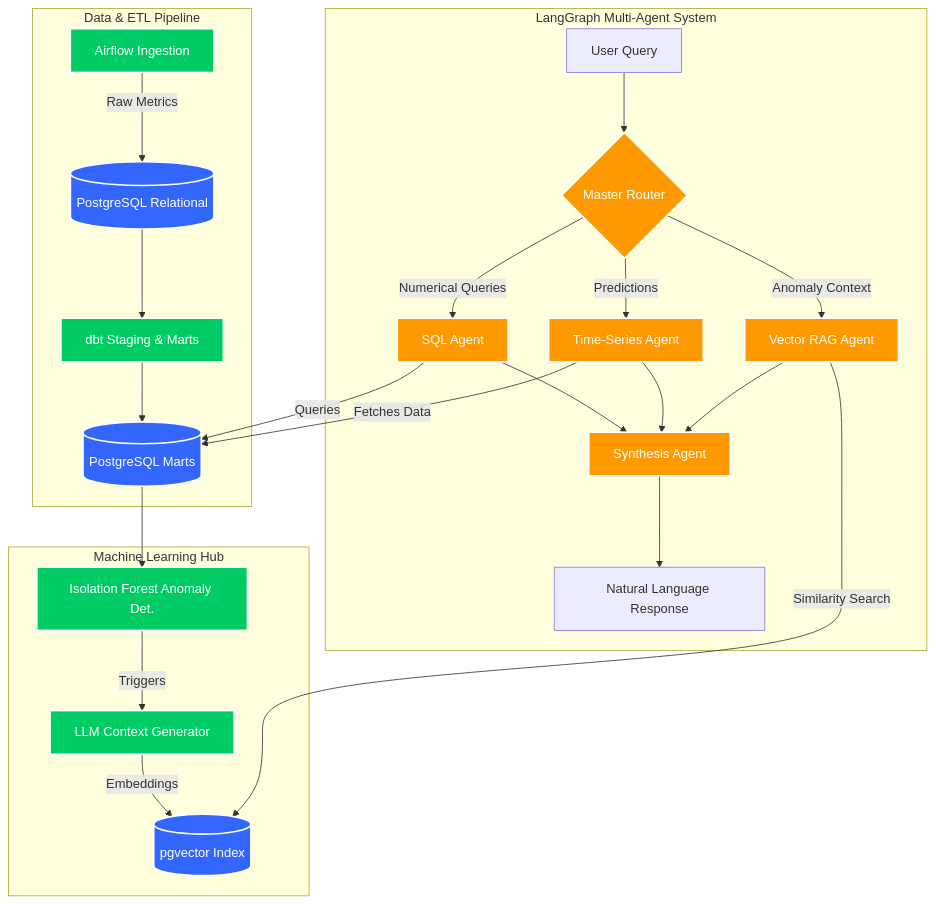
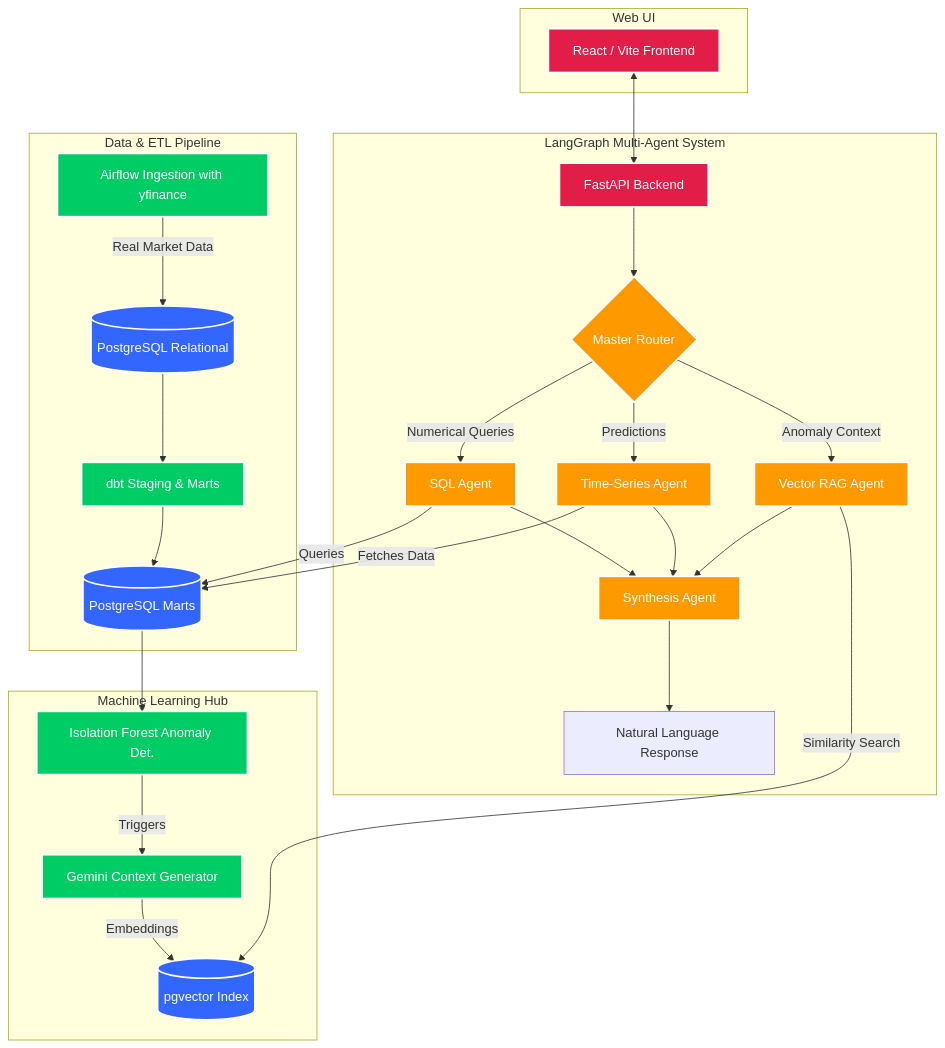
The diagram in README.md (Paramveersingh-S/Agentic-RAG-for-Time-Series-Analysis), drawn with Mermaid before and after one commit. The commit also changed other lines of this file and 22 other files, not shown here.

Commit message:
Added Gemini integration, yfinance real data ingestion, and Full-Stack React/FastAPI app

````diff
--- a/README.md
+++ b/README.md
@@ -18,33 +18,38 @@
 ```mermaid
 graph TD
     classDef db fill:#3366ff,stroke:#fff,stroke-width:2px,color:#fff;
     classDef agent fill:#ff9900,stroke:#fff,stroke-width:2px,color:#fff;
     classDef pipeline fill:#00cc66,stroke:#fff,stroke-width:2px,color:#fff;
+    classDef ui fill:#e11d48,stroke:#fff,stroke-width:2px,color:#fff;
 
     subgraph Data & ETL Pipeline
-        A[Airflow Ingestion]:::pipeline -->|Raw Metrics| B[(PostgreSQL Relational)]:::db
+        A[Airflow Ingestion with yfinance]:::pipeline -->|Real Market Data| B[(PostgreSQL Relational)]:::db
         B --> C[dbt Staging & Marts]:::pipeline
         C --> D[(PostgreSQL Marts)]:::db
     end
     
     subgraph Machine Learning Hub
         D --> E[Isolation Forest Anomaly Det.]:::pipeline
-        E -->|Triggers| F[LLM Context Generator]:::pipeline
+        E -->|Triggers| F[Gemini Context Generator]:::pipeline
         F -->|Embeddings| G[(pgvector Index)]:::db
     end
     
     subgraph LangGraph Multi-Agent System
-        U[User Query] --> H{Master Router}:::agent
+        U[FastAPI Backend]:::ui --> H{Master Router}:::agent
         H -->|Numerical Queries| I[SQL Agent]:::agent
         I -->|Queries| D
         H -->|Predictions| J[Time-Series Agent]:::agent
         J -->|Fetches Data| D
         H -->|Anomaly Context| K[Vector RAG Agent]:::agent
         K -->|Similarity Search| G
         
         I --> L[Synthesis Agent]:::agent
         J --> L
         K --> L
         L --> M[Natural Language Response]
     end
+    
+    subgraph Web UI
+        W[React / Vite Frontend]:::ui <--> U
+    end
 ```
````
